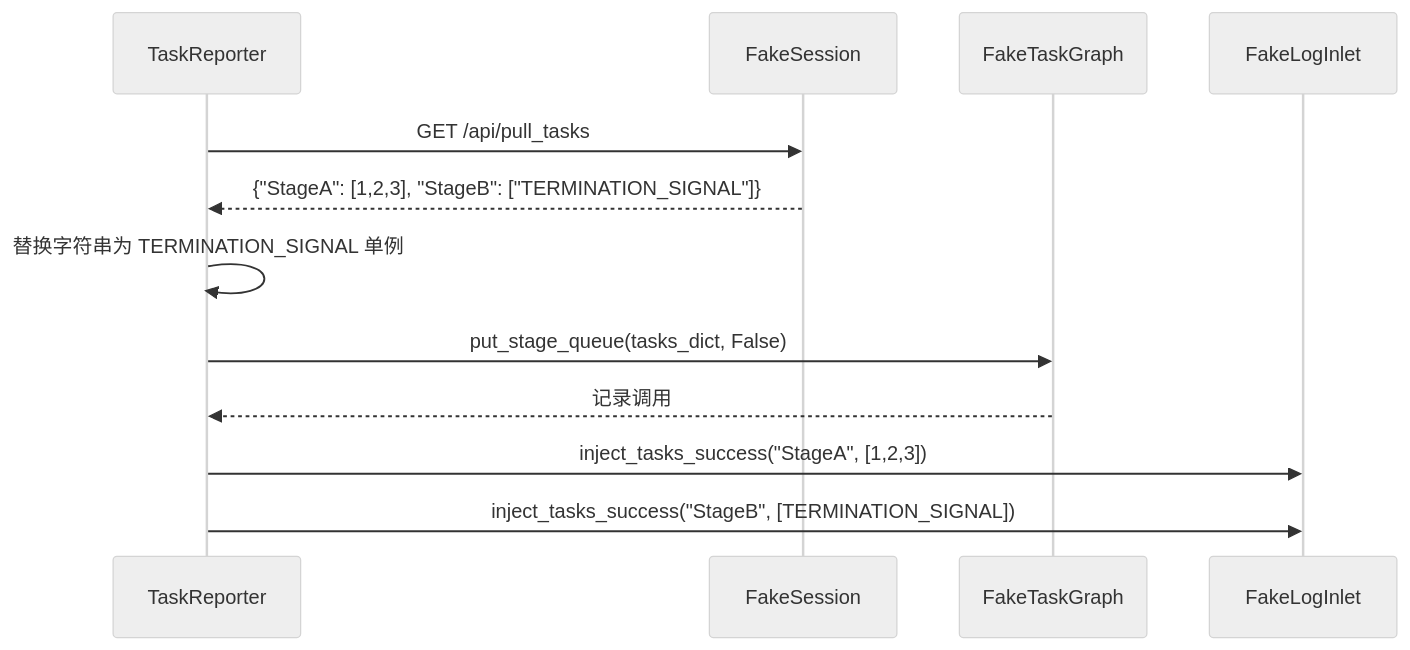
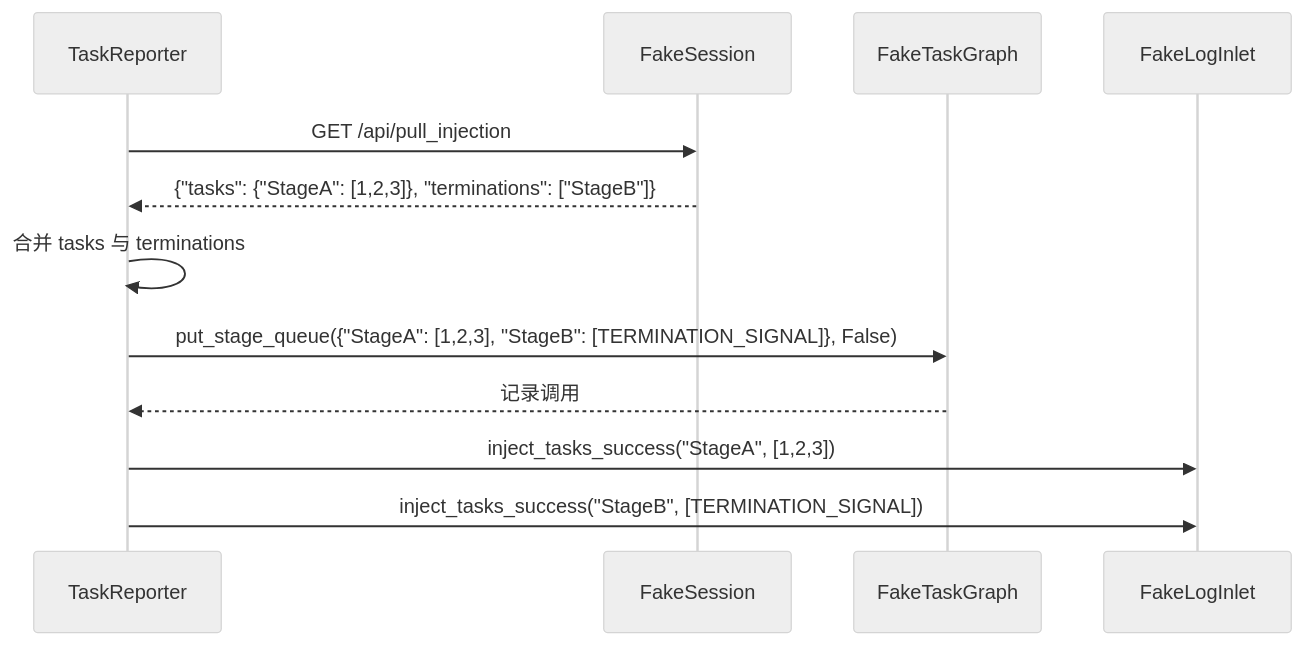
Before and after one commit to Mr-xiaotian/CelestialFlow: the diagram in docs/zh-CN/tests/observability/test_reporter_injection.md, drawn with Mermaid (neutral theme). The commit also changed other lines of this file and 23 other files, not shown here.

````diff
--- a/docs/zh-CN/tests/observability/test_reporter_injection.md
+++ b/docs/zh-CN/tests/observability/test_reporter_injection.md
@@ -31,15 +31,15 @@
 ```mermaid
 sequenceDiagram
     participant R as TaskReporter
     participant S as FakeSession
     participant G as FakeTaskGraph
     participant L as FakeLogInlet
 
-    R->>S: GET /api/pull_tasks
-    S-->>R: {"StageA": [1,2,3], "StageB": ["TERMINATION_SIGNAL"]}
-    R->>R: 替换字符串为 TERMINATION_SIGNAL 单例
-    R->>G: put_stage_queue(tasks_dict, False)
+    R->>S: GET /api/pull_injection
+    S-->>R: {"tasks": {"StageA": [1,2,3]}, "terminations": ["StageB"]}
+    R->>R: 合并 tasks 与 terminations
+    R->>G: put_stage_queue({"StageA": [1,2,3], "StageB": [TERMINATION_SIGNAL]}, False)
     G-->>R: 记录调用
     R->>L: inject_tasks_success("StageA", [1,2,3])
     R->>L: inject_tasks_success("StageB", [TERMINATION_SIGNAL])
 ```
````
